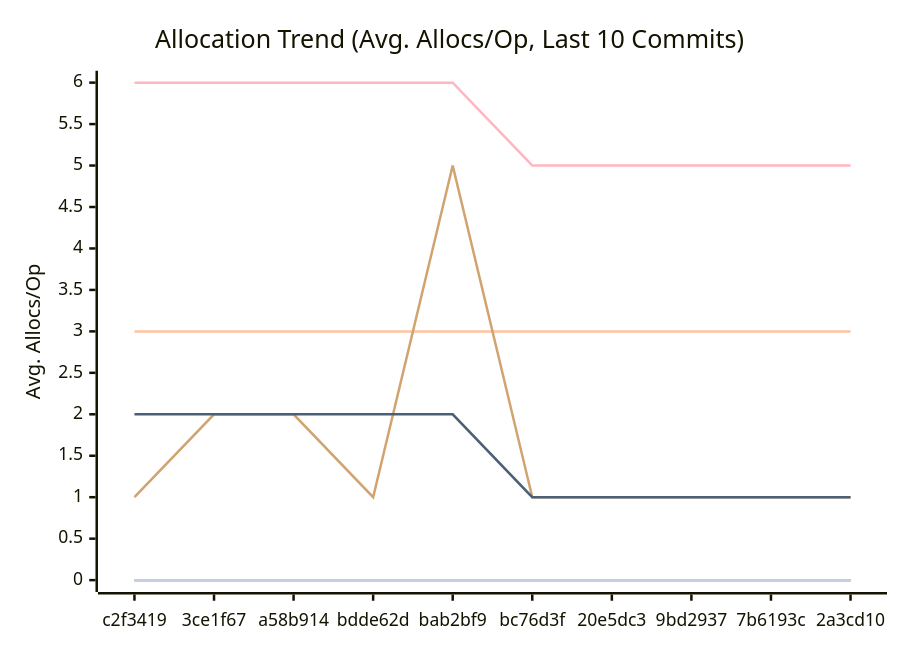
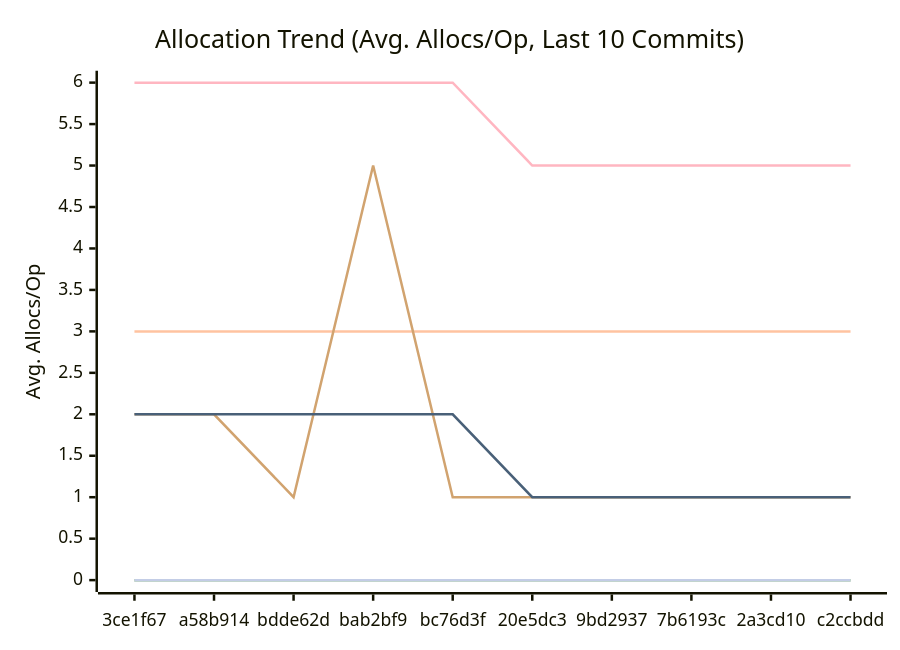
Before and after one commit to alsotoes/momo: the third of 3 diagrams in docs/PERFORMANCE.md, drawn with Mermaid. The commit also changed other lines of this file and 2 other files, not shown here.

````diff
--- a/docs/PERFORMANCE.md
+++ b/docs/PERFORMANCE.md
@@ -114,16 +114,16 @@
 ```mermaid
 xychart-beta
     title "Allocation Trend (Avg. Allocs/Op, Last 10 Commits)"
     x-axis "Commit"
     y-axis "Avg. Allocs/Op"
-    x-axis [c2f3419,3ce1f67,a58b914,bdde62d,bab2bf9,bc76d3f,20e5dc3,9bd2937,7b6193c,2a3cd10]
+    x-axis [3ce1f67,a58b914,bdde62d,bab2bf9,bc76d3f,20e5dc3,9bd2937,7b6193c,2a3cd10,c2ccbdd]
     line "CheckMetricsAndSwap" [0,0,0,0,0,0,0,0,0,0]
     line "CrushOptimized" [0,0,0,0,0,0,0,0,0,0]
     line "CrushOriginal" [3,3,3,3,3,3,3,3,3,3]
     line "IndexDirectTracking" [0,0,0,0,0,0,0,0,0,0]
     line "IndexSearch" [0,0,0,0,0,0,0,0,0,0]
-    line "LoadGlobalConfig" [1,2,2,1,5,1,1,1,1,1]
+    line "LoadGlobalConfig" [2,2,1,5,1,1,1,1,1,1]
     line "PadString" [0,0,0,0,0,0,0,0,0,0]
     line "ParseReplicationOrder_NoPrealloc" [6,6,6,6,6,5,5,5,5,5]
     line "ParseReplicationOrder_Prealloc" [2,2,2,2,2,1,1,1,1,1]
 ```
````
